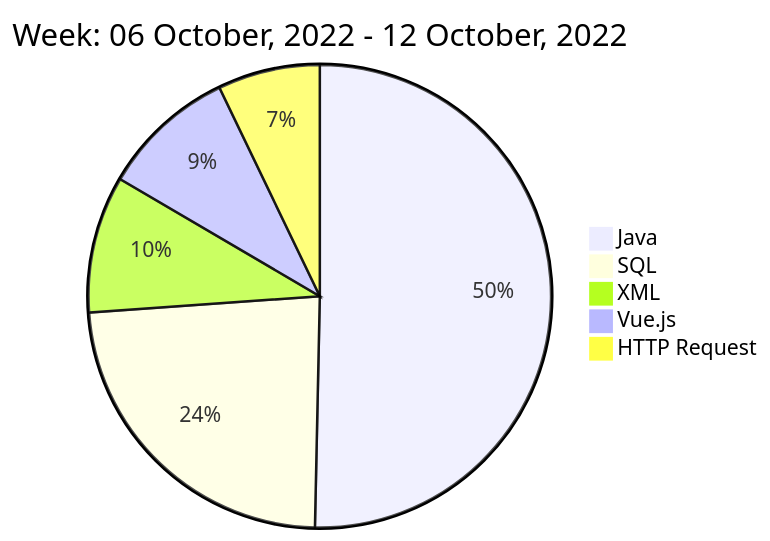
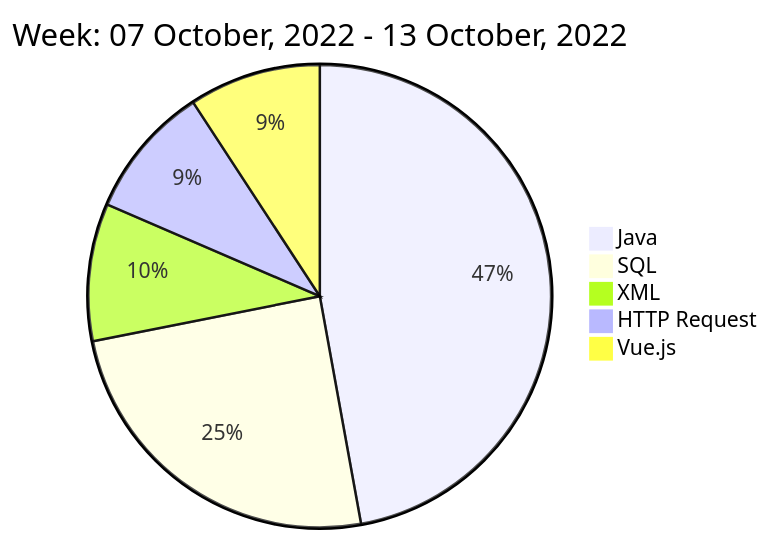
The diagram in README.md (liubin95/liubin95), drawn with Mermaid before and after one commit.

Commit message:
Updated the Graph with new Metrics

````diff
--- a/README.md
+++ b/README.md
@@ -40,9 +40,9 @@
 ```mermaid
  pie
-title Week: 06 October, 2022 - 12 October, 2022
- "Java" : 9.73
- "SQL" : 4.55
- "XML" : 1.85
- "Vue.js" : 1.82
- "HTTP Request" : 1.38
+title Week: 07 October, 2022 - 13 October, 2022
+ "Java" : 10.9
+ "SQL" : 5.72
+ "XML" : 2.22
+ "HTTP Request" : 2.15
+ "Vue.js" : 2.13
 ```
````
